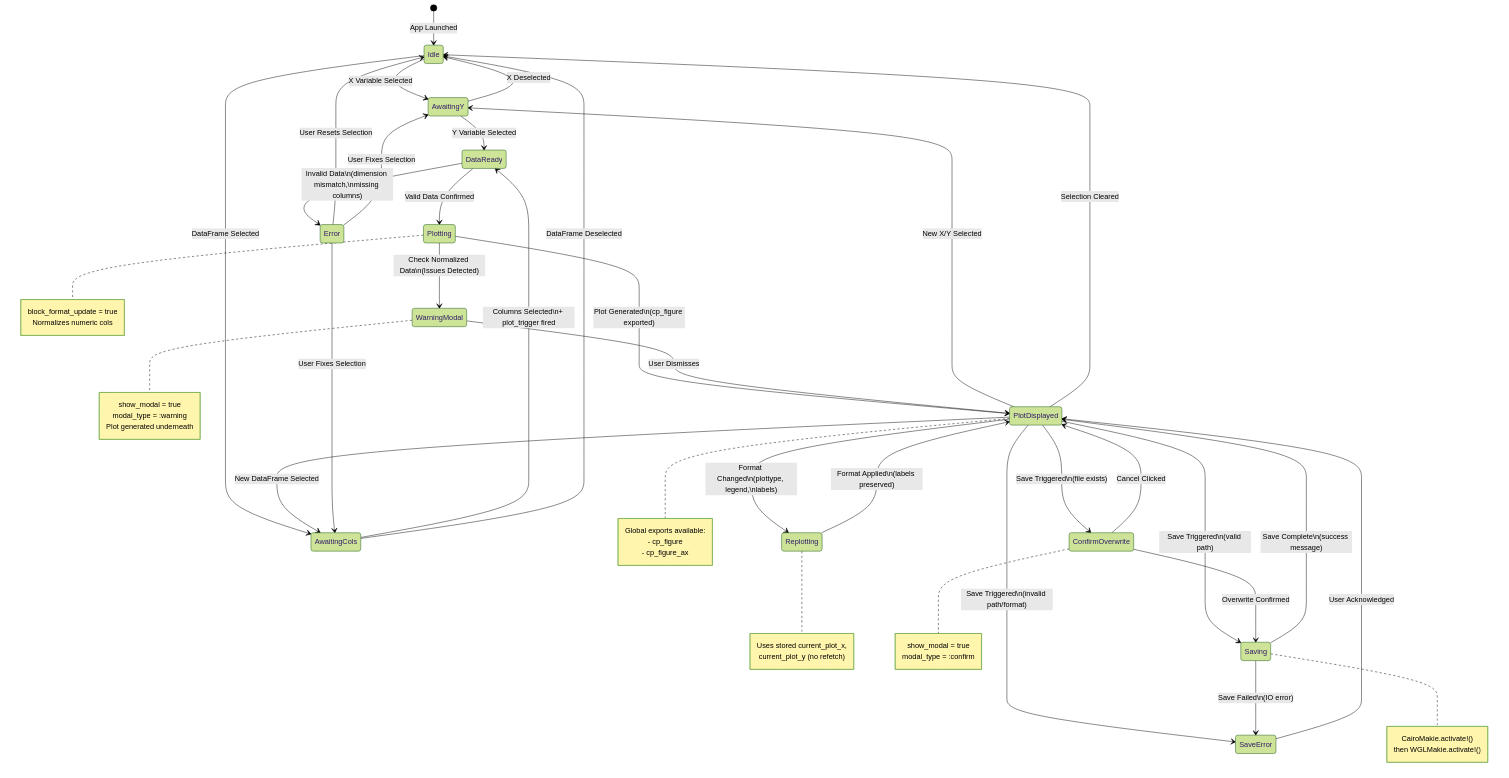
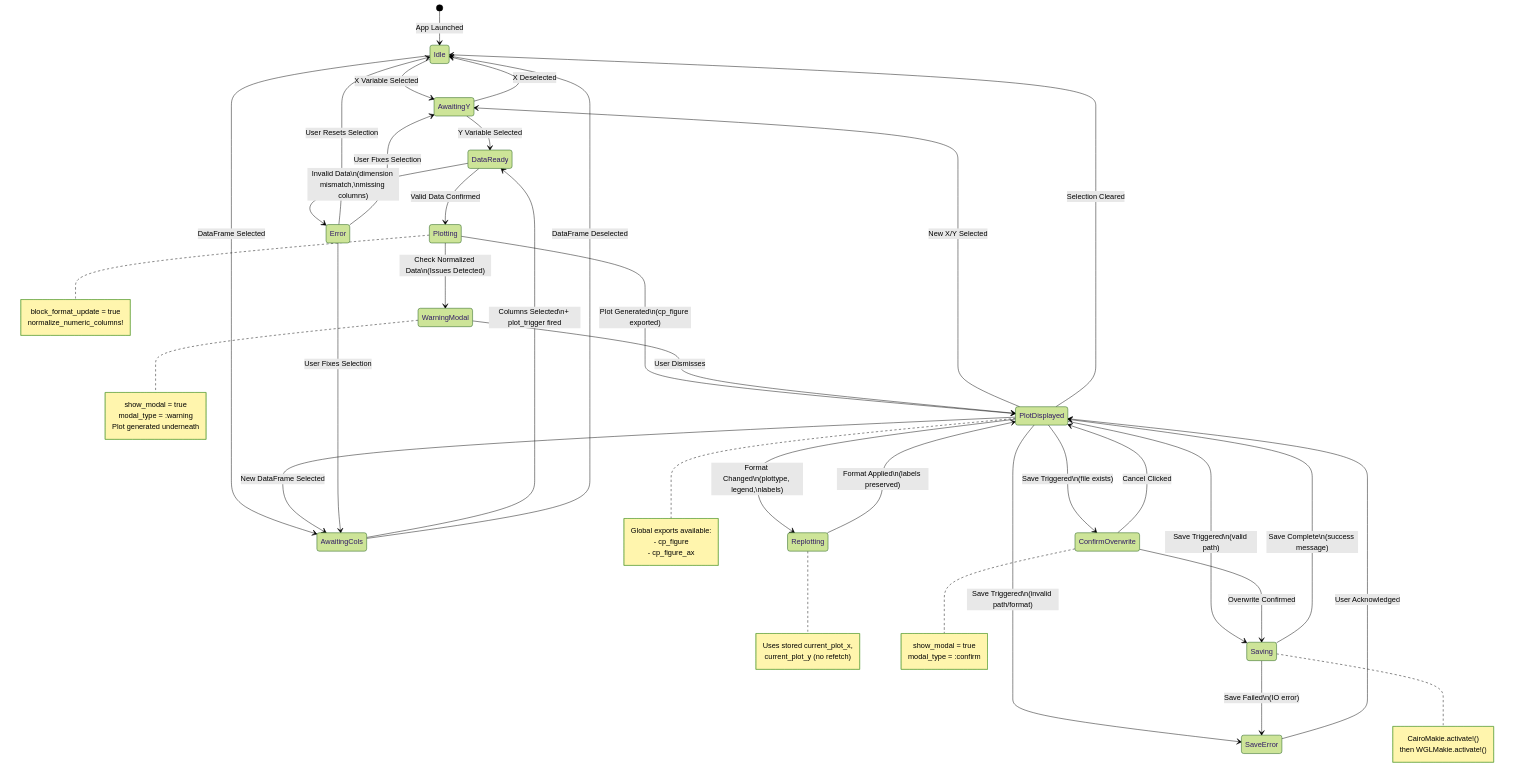
Before and after one commit to Eben60/CasualPlots.jl: the diagram in AGENTS_more_info/Mermaid/state_transition_map.md, drawn with Mermaid (forest theme). The commit also changed 13 other files, not shown here.

````diff
--- a/AGENTS_more_info/Mermaid/state_transition_map.md
+++ b/AGENTS_more_info/Mermaid/state_transition_map.md
@@ -5,78 +5,78 @@
 ```mermaid
 stateDiagram-v2
     [*] --> Idle: App Launched
     
     Idle --> AwaitingY: X Variable Selected
     Idle --> AwaitingCols: DataFrame Selected
     
     AwaitingY --> DataReady: Y Variable Selected
     AwaitingY --> Idle: X Deselected
     
     AwaitingCols --> DataReady: Columns Selected\n+ plot_trigger fired
     AwaitingCols --> Idle: DataFrame Deselected
     
     DataReady --> Plotting: Valid Data Confirmed
     DataReady --> Error: Invalid Data\n(dimension mismatch,\nmissing columns)
     
     Plotting --> PlotDisplayed: Plot Generated\n(cp_figure exported)
     Plotting --> WarningModal: Check Normalized Data\n(Issues Detected)
     
     WarningModal --> PlotDisplayed: User Dismisses
     
     PlotDisplayed --> Replotting: Format Changed\n(plottype, legend,\nlabels)
     
     Replotting --> PlotDisplayed: Format Applied\n(labels preserved)
     
     PlotDisplayed --> AwaitingY: New X/Y Selected
     PlotDisplayed --> AwaitingCols: New DataFrame Selected
     PlotDisplayed --> Idle: Selection Cleared
     
     %% Save Flow
     PlotDisplayed --> Saving: Save Triggered\n(valid path)
     PlotDisplayed --> SaveError: Save Triggered\n(invalid path/format)
     PlotDisplayed --> ConfirmOverwrite: Save Triggered\n(file exists)
     
     ConfirmOverwrite --> Saving: Overwrite Confirmed
     ConfirmOverwrite --> PlotDisplayed: Cancel Clicked
     
     Saving --> PlotDisplayed: Save Complete\n(success message)
     Saving --> SaveError: Save Failed\n(IO error)
     
     SaveError --> PlotDisplayed: User Acknowledged
     
     Error --> Idle: User Resets Selection
     Error --> AwaitingY: User Fixes Selection
     Error --> AwaitingCols: User Fixes Selection
     
     note right of Plotting
         block_format_update = true
-        Normalizes numeric cols
+        normalize_numeric_columns!
     end note
     
     note right of Replotting
         Uses stored current_plot_x,
         current_plot_y (no refetch)
     end note
     
     note right of PlotDisplayed
         Global exports available:
         - cp_figure
         - cp_figure_ax
     end note
     
     note right of Saving
         CairoMakie.activate!()
         then WGLMakie.activate!()
     end note
     
     note right of ConfirmOverwrite
         show_modal = true
         modal_type = :confirm
     end note
 
     note right of WarningModal
         show_modal = true
         modal_type = :warning
         Plot generated underneath
     end note
 ```
````
